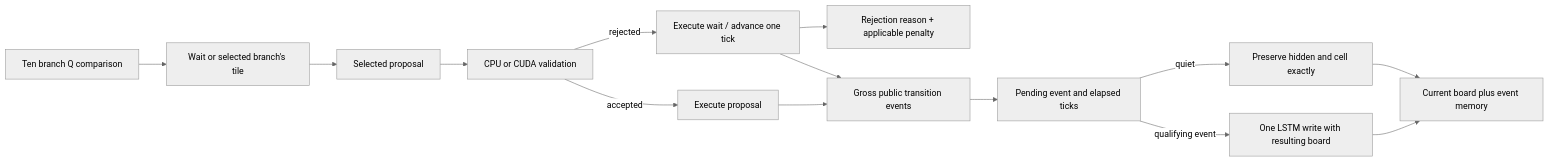
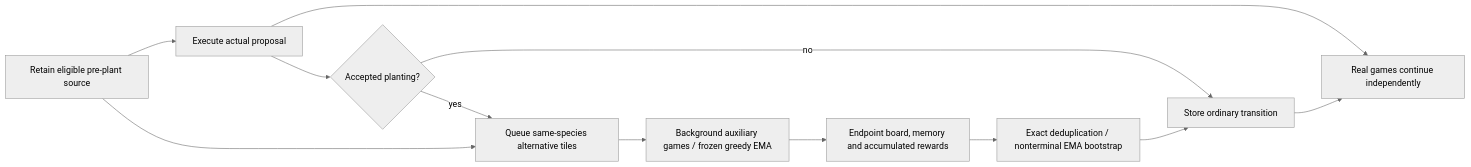
The second of 3 diagrams in docs/architecture.md (Comb1e/RL-Pvz), drawn with Mermaid (neutral theme) before and after one commit. The commit also changed other lines of this file and 74 other files, not shown here.

First line of the commit message:
feat(training): run tile probes independently of gameplay (#36)

````diff
--- a/docs/architecture.md
+++ b/docs/architecture.md
@@ -149,16 +100,14 @@
 ```mermaid
 flowchart LR
-    Q[Ten branch Q comparison] --> Tile[Wait or selected branch's tile]
-    Tile --> Proposal[Selected proposal]
-    Proposal --> Validate[CPU or CUDA validation]
-    Validate -->|accepted| Execute[Execute proposal]
-    Validate -->|rejected| Wait[Execute wait / advance one tick]
-    Wait --> Penalty[Rejection reason + applicable penalty]
-    Execute --> Facts[Gross public transition events]
-    Wait --> Facts
-    Facts --> Pending[Pending event and elapsed ticks]
-    Pending -->|qualifying event| Memory[One LSTM write with resulting board]
-    Pending -->|quiet| Frozen[Preserve hidden and cell exactly]
-    Memory --> Fusion[Current board plus event memory]
-    Frozen --> Fusion
+    Source[Retain eligible pre-plant source] --> Actual[Execute actual proposal]
+    Actual --> Gate{Accepted planting?}
+    Gate -->|no| Store[Store ordinary transition]
+    Gate -->|yes| Fork[Queue same-species alternative tiles]
+    Source --> Fork
+    Fork --> Rollout[Background auxiliary games / frozen greedy EMA]
+    Rollout --> Endpoint[Endpoint board, memory and accumulated rewards]
+    Endpoint --> Tail[Exact deduplication / nonterminal EMA bootstrap]
+    Tail --> Store
+    Actual --> Continue[Real games continue independently]
+    Store --> Continue
 ```
````
